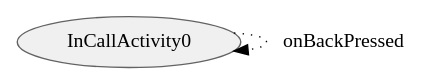
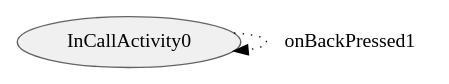
The diagram in graphviz/InCallUI.gv (hans89/astparser), drawn with Graphviz before and after one commit. The commit also changed 35 other files, not shown here.

```diff
--- a/graphviz/InCallUI.gv
+++ b/graphviz/InCallUI.gv
@@ -1,6 +1,6 @@
 digraph {
 fontname="Helvetica";
 node[style="filled,solid", colorscheme=greys3, fillcolor=1, color=3];
 InCallActivity0;
-InCallActivity0 -> InCallActivity0[label="onBackPressed",style=dotted];
+InCallActivity0 -> InCallActivity0[label="onBackPressed1",style=dotted];
 }
```
